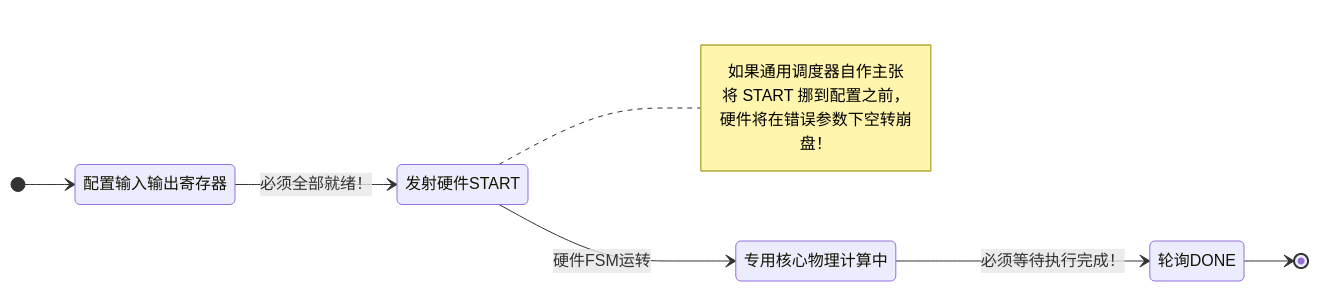
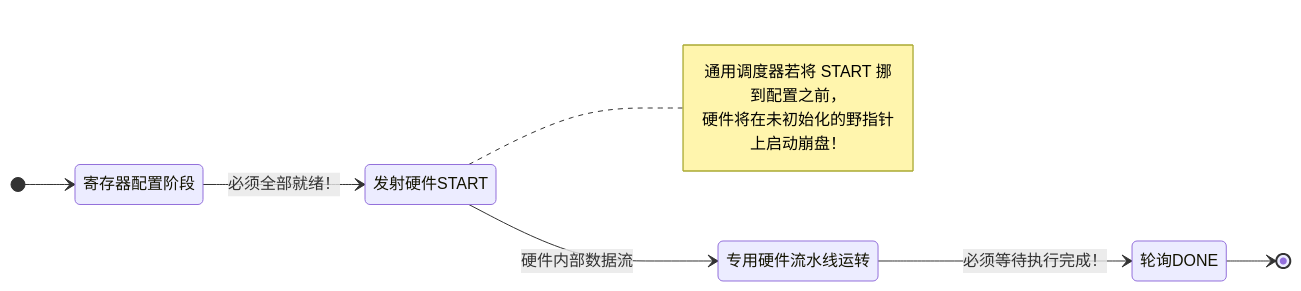
One commit to hqu-little-boy/blog changed the ninth of 16 diagrams in src/content/posts/compiler-instruction-scheduling-and-numerical-semantics-contract-guide.md. Above: the diagram before and after it, drawn with Mermaid. The commit also changed other lines of this file, not shown here.

Commit message:
feat: expand compiler scheduling guide to cover 6 heterogeneous accelerator architectures (GPU/VLIW/DSP/Systolic/CGRA/RVV)

````diff
--- a/src/content/posts/compiler-instruction-scheduling-and-numerical-semantics-contract-guide.md
+++ b/src/content/posts/compiler-instruction-scheduling-and-numerical-semantics-contract-guide.md
@@ -507,15 +495,14 @@
 ```mermaid
 stateDiagram-v2
     direction LR
-    [*] --> 配置输入输出寄存器
-    配置输入输出寄存器 --> 发射硬件START: 必须全部就绪！
-    发射硬件START --> 专用核心物理计算中: 硬件FSM运转
-    专用核心物理计算中 --> 轮询DONE: 必须等待执行完成！
+    [*] --> 寄存器配置阶段
+    寄存器配置阶段 --> 发射硬件START: 必须全部就绪！
+    发射硬件START --> 专用硬件流水线运转: 硬件内部数据流
+    专用硬件流水线运转 --> 轮询DONE: 必须等待执行完成！
     轮询DONE --> [*]
 
     note right of 发射硬件START
-      如果通用调度器自作主张
-      将 START 挪到配置之前，
-      硬件将在错误参数下空转崩盘！
+      通用调度器若将 START 挪到配置之前，
+      硬件将在未初始化的野指针上启动崩盘！
     end note
 ```
````
